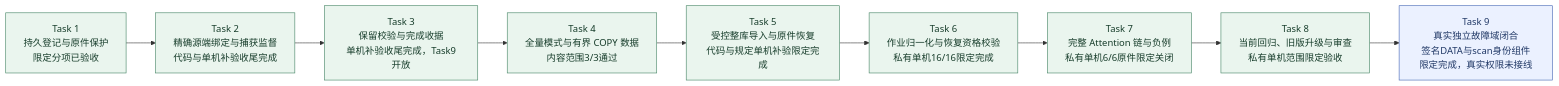
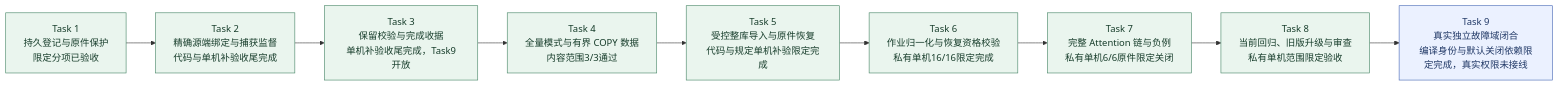
The second of 9 diagrams in docs/KnowWeave实施路线与系统架构.md (MansurnamedZhang/learning-system-p0c4), drawn with Mermaid before and after one commit. The commit also changed other lines of this file and 10 other files, not shown here.

````diff
--- a/docs/KnowWeave实施路线与系统架构.md
+++ b/docs/KnowWeave实施路线与系统架构.md
@@ -80,25 +80,25 @@
 ```mermaid
 flowchart LR
     C4T1["Task 1<br/>持久登记与原件保护<br/>限定分项已验收"]
     C4T2["Task 2<br/>精确源端绑定与捕获监督<br/>代码与单机补验收尾完成"]
     C4T3["Task 3<br/>保留校验与完成收据<br/>单机补验收尾完成，Task9开放"]
     C4T4["Task 4<br/>全量模式与有界 COPY 数据<br/>内容范围3/3通过"]
     C4T5["Task 5<br/>受控整库导入与原件恢复<br/>代码与规定单机补验限定完成"]
     C4T6["Task 6<br/>作业归一化与恢复资格校验<br/>私有单机16/16限定完成"]
     C4T7["Task 7<br/>完整 Attention 链与负例<br/>私有单机6/6原件限定关闭"]
     C4T8["Task 8<br/>当前回归、旧版升级与审查<br/>私有单机范围限定验收"]
-    C4T9["Task 9<br/>真实独立故障域闭合<br/>签名DATA与scan身份组件限定完成，真实权限未接线"]
+    C4T9["Task 9<br/>真实独立故障域闭合<br/>编译身份与默认关闭依赖限定完成，真实权限未接线"]
     C4T1 --> C4T2
     C4T2 --> C4T3
     C4T3 --> C4T4
     C4T4 --> C4T5
     C4T5 --> C4T6
     C4T6 --> C4T7
     C4T7 --> C4T8
     C4T8 --> C4T9
     class C4T1,C4T2,C4T3,C4T4,C4T5,C4T6,C4T7,C4T8 done
     class C4T9 next
     classDef done fill:#eaf5ee,stroke:#438363,color:#173d2b
     classDef next fill:#ebf1ff,stroke:#4365b4,color:#203866
     classDef planned fill:#f2f4f8,stroke:#8591a3,color:#28354b
 ```
````
